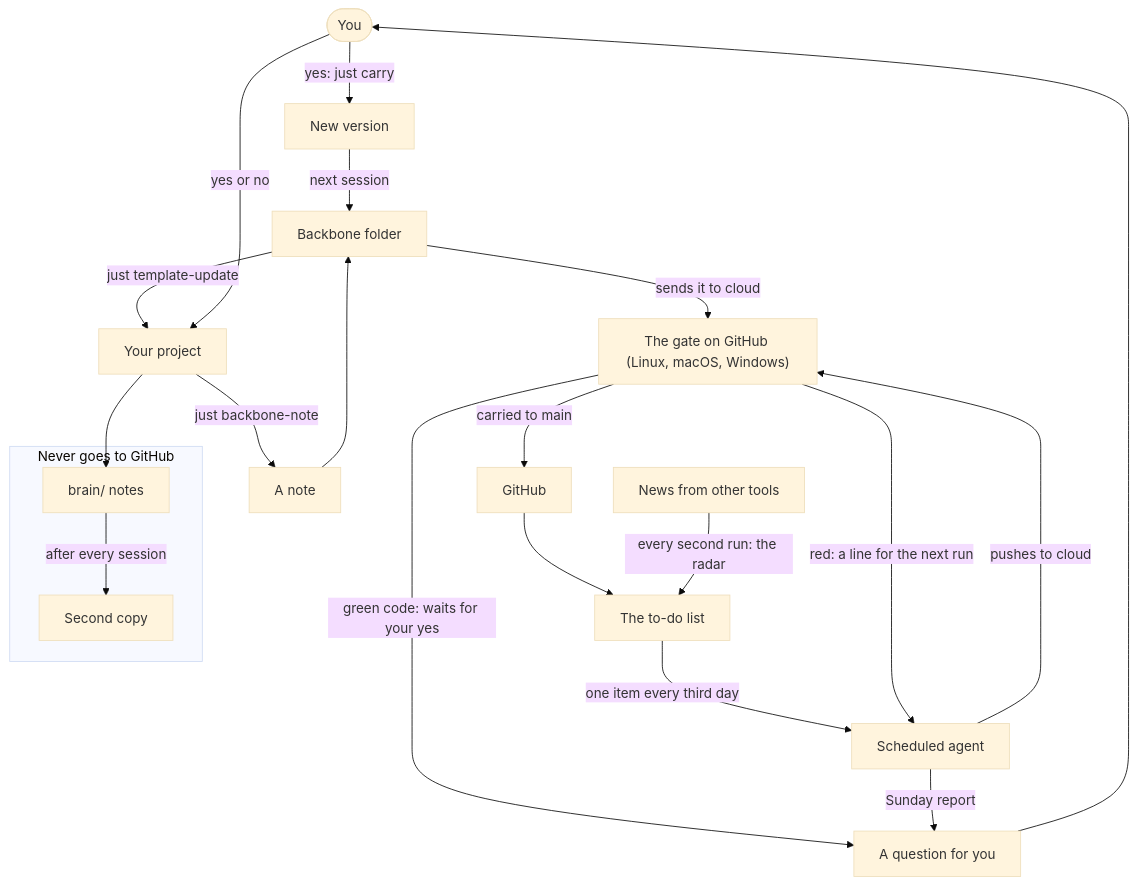
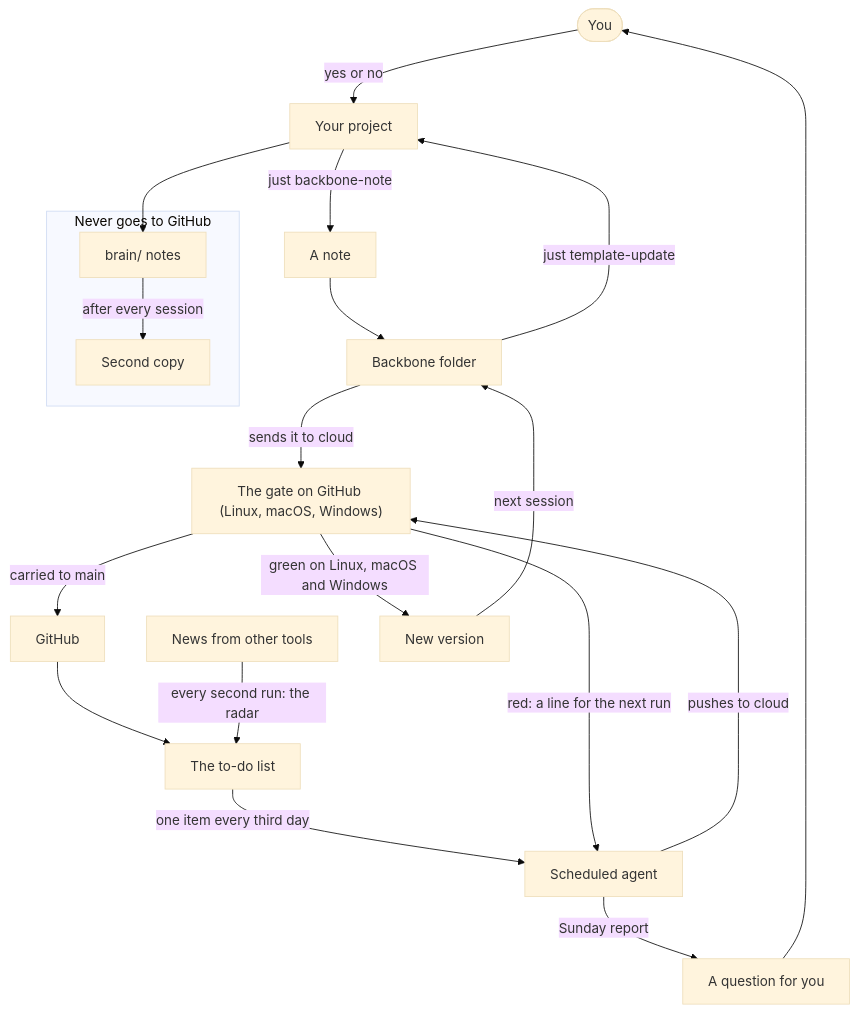
The first of 2 diagrams in docs/how-it-works.md (yerlytech/ai-backbone), drawn with Mermaid (base theme) before and after one commit. The commit also changed other lines of this file and 25 other files, not shown here.

Commit message:
feat: backbone notes batch 2: Linux sweep without launchd, unattended carry when three OSs are green with the gate identity from Actions variables, Mac/cloud/main sync, delegate fixes (MCP for one run, cargo fetch, hooks restored, timeout in minutes, opencode --standalone)

````diff
--- a/docs/how-it-works.md
+++ b/docs/how-it-works.md
@@ -9,40 +9,39 @@
 ```mermaid
 flowchart TD
     you(["You"])
     proj["Your project"]
     memo["A note"]
     folder["Backbone folder"]
     hub["GitHub"]
     todo["The to-do list"]
     news["News from other tools"]
     agent["Scheduled agent"]
     gate["The gate on GitHub (Linux, macOS, Windows)"]
     ver["New version"]
     ask["A question for you"]
 
     subgraph kept ["Never goes to GitHub"]
         brain["brain/ notes"]
         spare["Second copy"]
     end
 
     proj -->|"just backbone-note"| memo
     memo --> folder
     folder -->|"sends it to cloud"| gate
     gate -->|"carried to main"| hub
     hub --> todo
     news -->|"every second run: the radar"| todo
     todo -->|"one item every third day"| agent
     agent -->|"pushes to cloud"| gate
-    gate -->|"green code: waits for your yes"| ask
-    you -->|"yes: just carry"| ver
+    gate -->|"green on Linux, macOS and Windows"| ver
     gate -->|"red: a line for the next run"| agent
     ver -->|"next session"| folder
     folder -->|"just template-update"| proj
 
     agent -->|"Sunday report"| ask
     ask --> you
     you -->|"yes or no"| proj
 
     proj --> brain
     brain -->|"after every session"| spare
 ```
````
